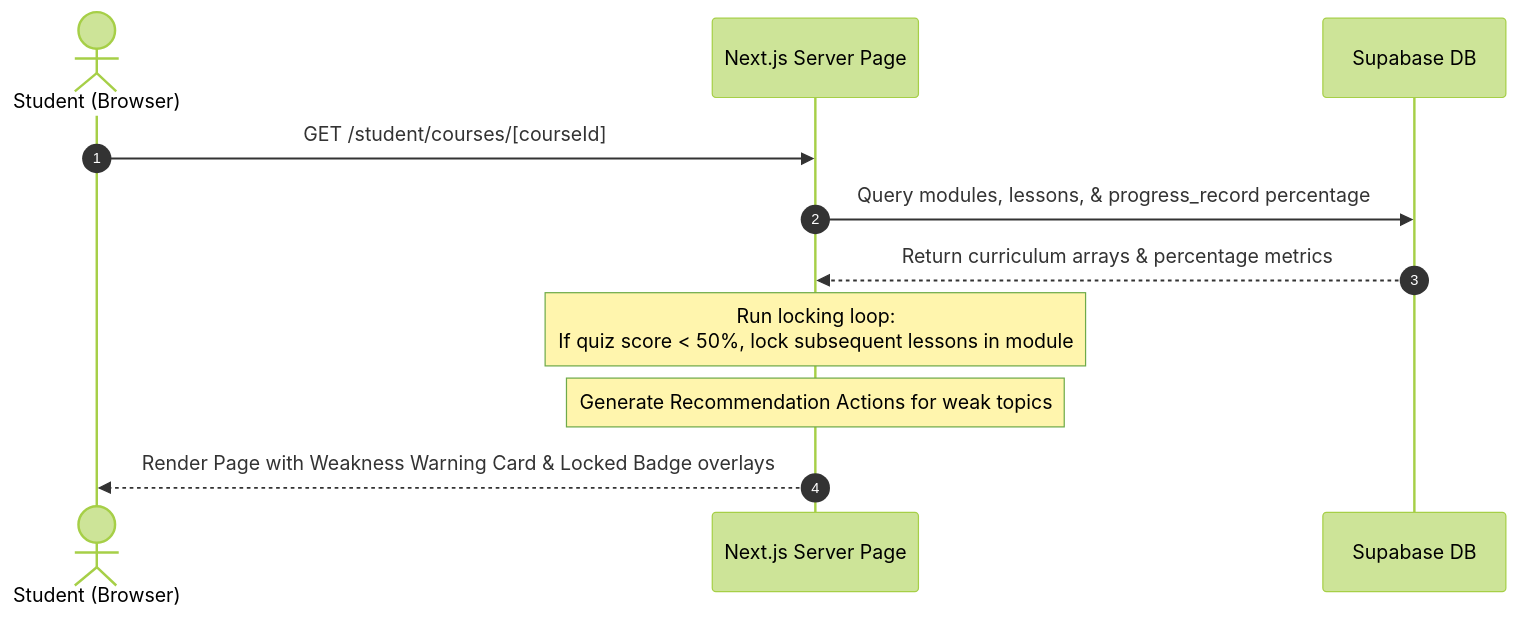
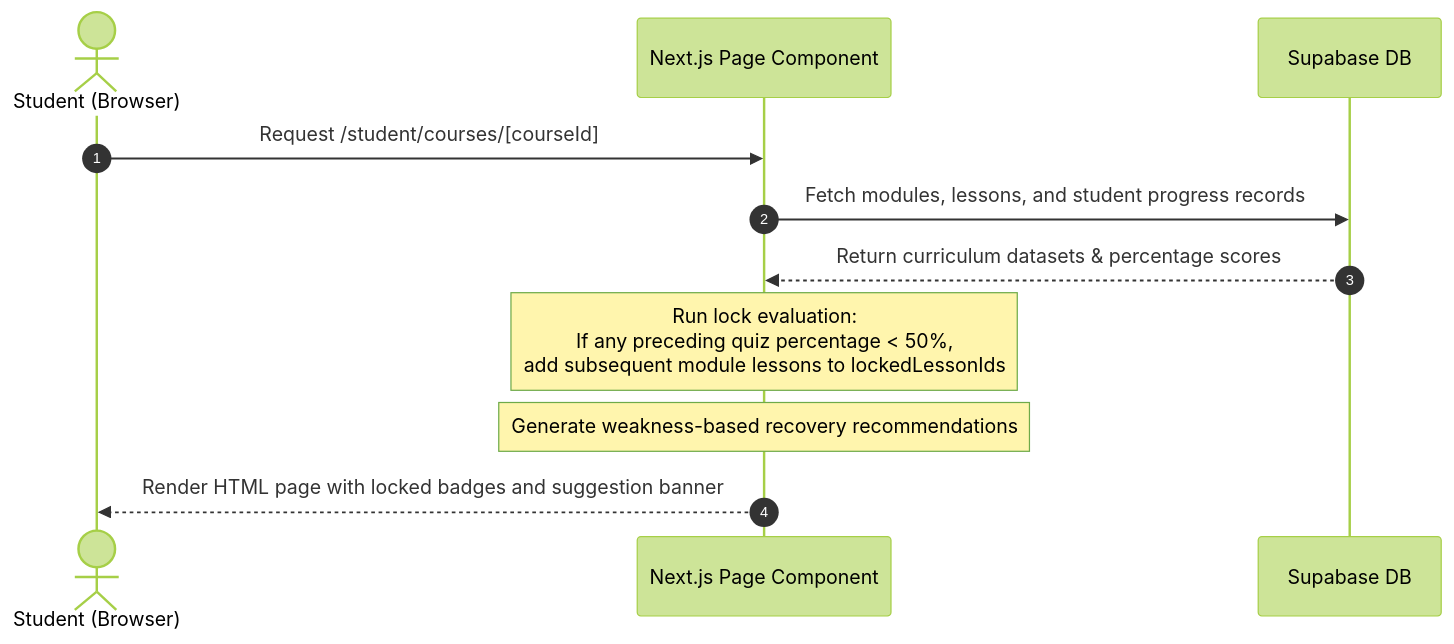
One commit to wingkit123/QuestLearn changed the fourth of 5 diagrams in part-iii/Individual-Report-WingKit.md. Above: the diagram before and after it, drawn with Mermaid (forest theme). The commit also changed other lines of this file and 1 other file, not shown here.

````diff
--- a/part-iii/Individual-Report-WingKit.md
+++ b/part-iii/Individual-Report-WingKit.md
@@ -204,14 +245,14 @@
 ```mermaid
 sequenceDiagram
     autonumber
     actor Student as Student (Browser)
-    participant NextJS as Next.js Server Page
+    participant Page as Next.js Page Component
     participant DB as Supabase DB
     
-    Student->>NextJS: GET /student/courses/[courseId]
-    NextJS->>DB: Query modules, lessons, & progress_record percentage
-    DB-->>NextJS: Return curriculum arrays & percentage metrics
-    Note over NextJS: Run locking loop:<br/>If quiz score < 50%, lock subsequent lessons in module
-    Note over NextJS: Generate Recommendation Actions for weak topics
-    NextJS-->>Student: Render Page with Weakness Warning Card & Locked Badge overlays
+    Student->>Page: Request /student/courses/[courseId]
+    Page->>DB: Fetch modules, lessons, and student progress records
+    DB-->>Page: Return curriculum datasets & percentage scores
+    Note over Page: Run lock evaluation:<br/>If any preceding quiz percentage < 50%,<br/>add subsequent module lessons to lockedLessonIds
+    Note over Page: Generate weakness-based recovery recommendations
+    Page-->>Student: Render HTML page with locked badges and suggestion banner
 ```
````
